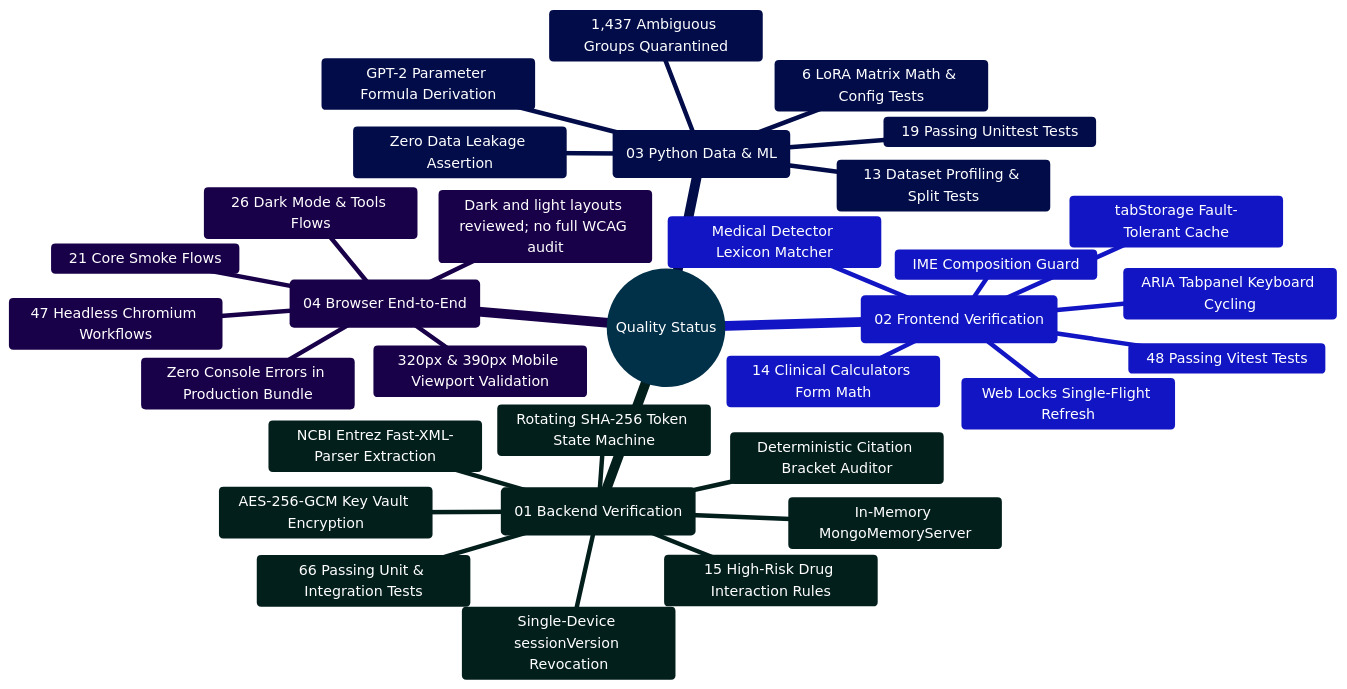
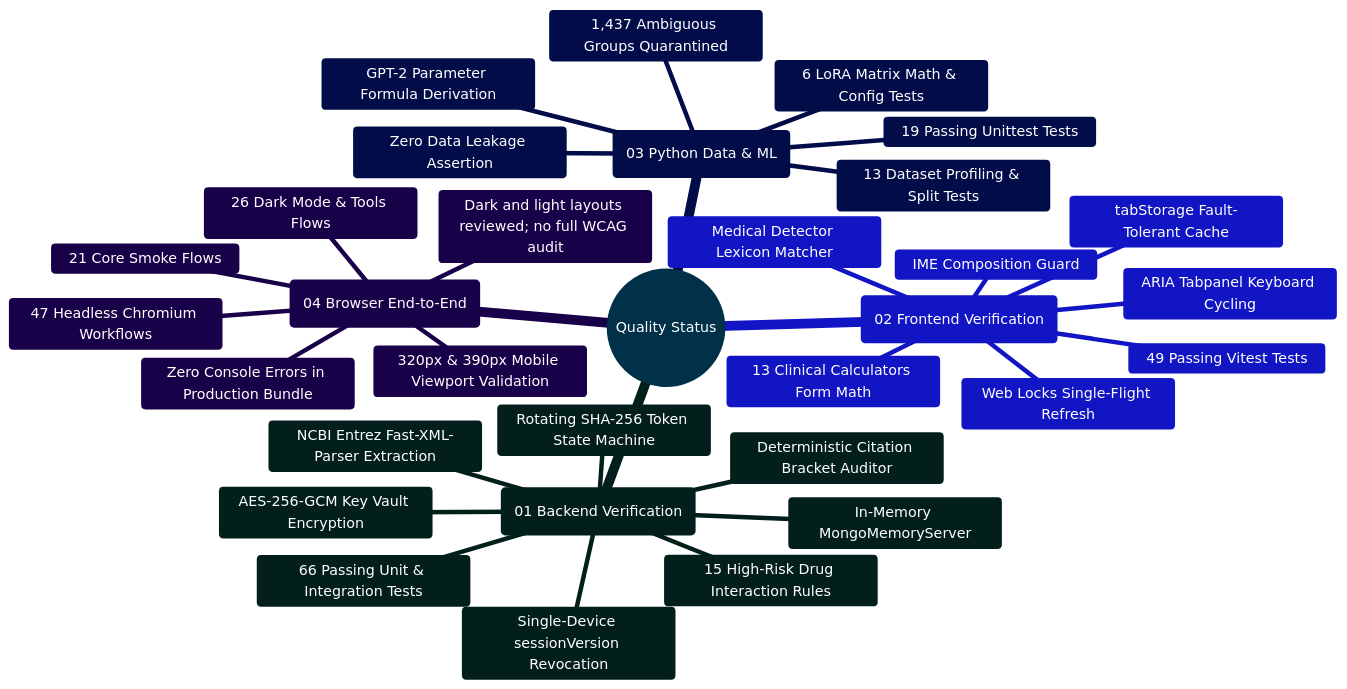
The first of 2 diagrams in docs/IMPLEMENTATION_STATUS.md (Ganesh172919/React-App-LLM), drawn with Mermaid before and after one commit. The commit also changed other lines of this file and 1 other file, not shown here.

````diff
--- a/docs/IMPLEMENTATION_STATUS.md
+++ b/docs/IMPLEMENTATION_STATUS.md
@@ -66,37 +66,37 @@
 ```mermaid
 %%{init: {'theme': 'base', 'themeVariables': { 'primaryColor': '#0284c7', 'primaryTextColor': '#ffffff', 'primaryBorderColor': '#0369a1', 'lineColor': '#0284c7', 'secondaryColor': '#0d9488', 'tertiaryColor': '#6366f1' }}}%%
 mindmap
   root((Quality Status))
     ::icon(fa fa-check-circle)
     (01 Backend Verification)
       66 Passing Unit & Integration Tests
       In-Memory MongoMemoryServer
       Single-Device sessionVersion Revocation
       Rotating SHA-256 Token State Machine
       AES-256-GCM Key Vault Encryption
       NCBI Entrez Fast-XML-Parser Extraction
       Deterministic Citation Bracket Auditor
       15 High-Risk Drug Interaction Rules
     (02 Frontend Verification)
-      48 Passing Vitest Tests
+      49 Passing Vitest Tests
       Web Locks Single-Flight Refresh
       tabStorage Fault-Tolerant Cache
       IME Composition Guard
       Medical Detector Lexicon Matcher
-      14 Clinical Calculators Form Math
+      13 Clinical Calculators Form Math
       ARIA Tabpanel Keyboard Cycling
     (03 Python Data & ML)
       19 Passing Unittest Tests
       13 Dataset Profiling & Split Tests
       6 LoRA Matrix Math & Config Tests
       Zero Data Leakage Assertion
       1,437 Ambiguous Groups Quarantined
       GPT-2 Parameter Formula Derivation
     (04 Browser End-to-End)
       47 Headless Chromium Workflows
       21 Core Smoke Flows
       26 Dark Mode & Tools Flows
       320px & 390px Mobile Viewport Validation
       Dark and light layouts reviewed; no full WCAG audit
       Zero Console Errors in Production Bundle
 ```
````
